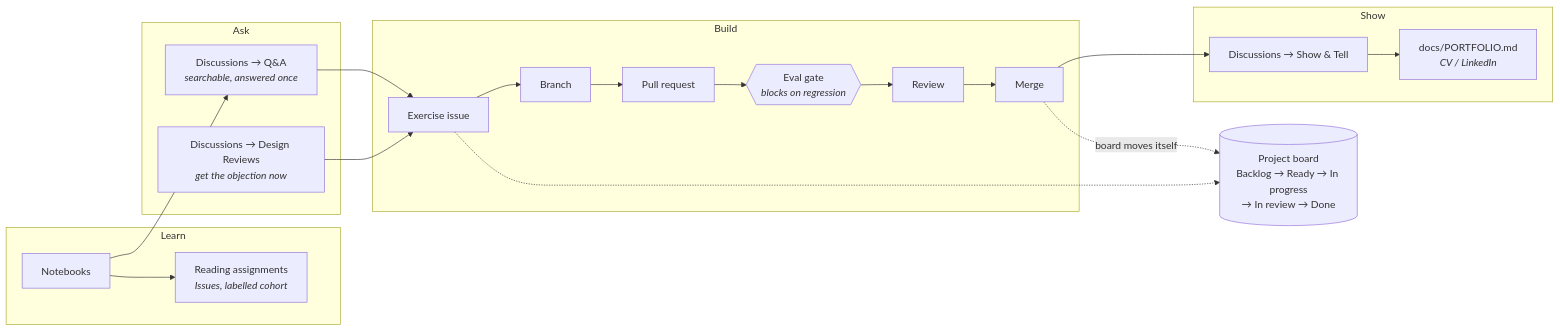
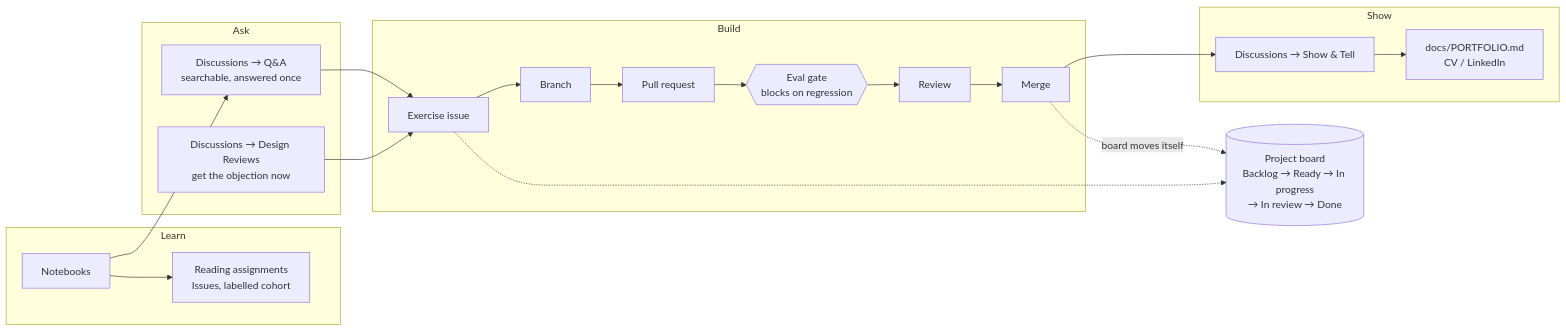
One commit to fde-academy-lab/advanced-rag-lab changed the eighth of 8 diagrams in README.md. Above: the diagram before and after it, drawn with Mermaid. The commit also changed other lines of this file and 8 other files, not shown here.

First line of the commit message:
fix(docs): make every Mermaid diagram render on GitHub, and stop it regressing

````diff
--- a/README.md
+++ b/README.md
@@ -478,26 +478,26 @@
 ```mermaid
 flowchart LR
     subgraph learn["Learn"]
-        N[Notebooks] --> RD[Reading assignments<br/><i>Issues, labelled cohort</i>]
+        N[Notebooks] --> RD["Reading assignments<br/>Issues, labelled cohort"]
     end
     subgraph ask["Ask"]
-        QA[Discussions → Q&amp;A<br/><i>searchable, answered once</i>]
-        DR[Discussions → Design Reviews<br/><i>get the objection now</i>]
+        QA["Discussions → Q&amp;A<br/>searchable, answered once"]
+        DR[Discussions → Design Reviews<br/>get the objection now]
     end
     subgraph build["Build"]
         EX[Exercise issue] --> BR[Branch] --> PR[Pull request]
-        PR --> EG{{Eval gate<br/><i>blocks on regression</i>}}
+        PR --> EG{{Eval gate<br/>blocks on regression}}
         EG --> RV[Review] --> M[Merge]
     end
     subgraph show["Show"]
-        ST[Discussions → Show &amp; Tell]
-        PF[docs/PORTFOLIO.md<br/><i>CV / LinkedIn</i>]
+        ST["Discussions → Show &amp; Tell"]
+        PF[docs/PORTFOLIO.md<br/>CV / LinkedIn]
     end
     N --> QA
     QA --> EX
     DR --> EX
     M --> ST
     ST --> PF
     M -.->|board moves itself| BD[("Project board<br/>Backlog → Ready → In progress<br/>→ In review → Done")]
     EX -.-> BD
 ```
````
